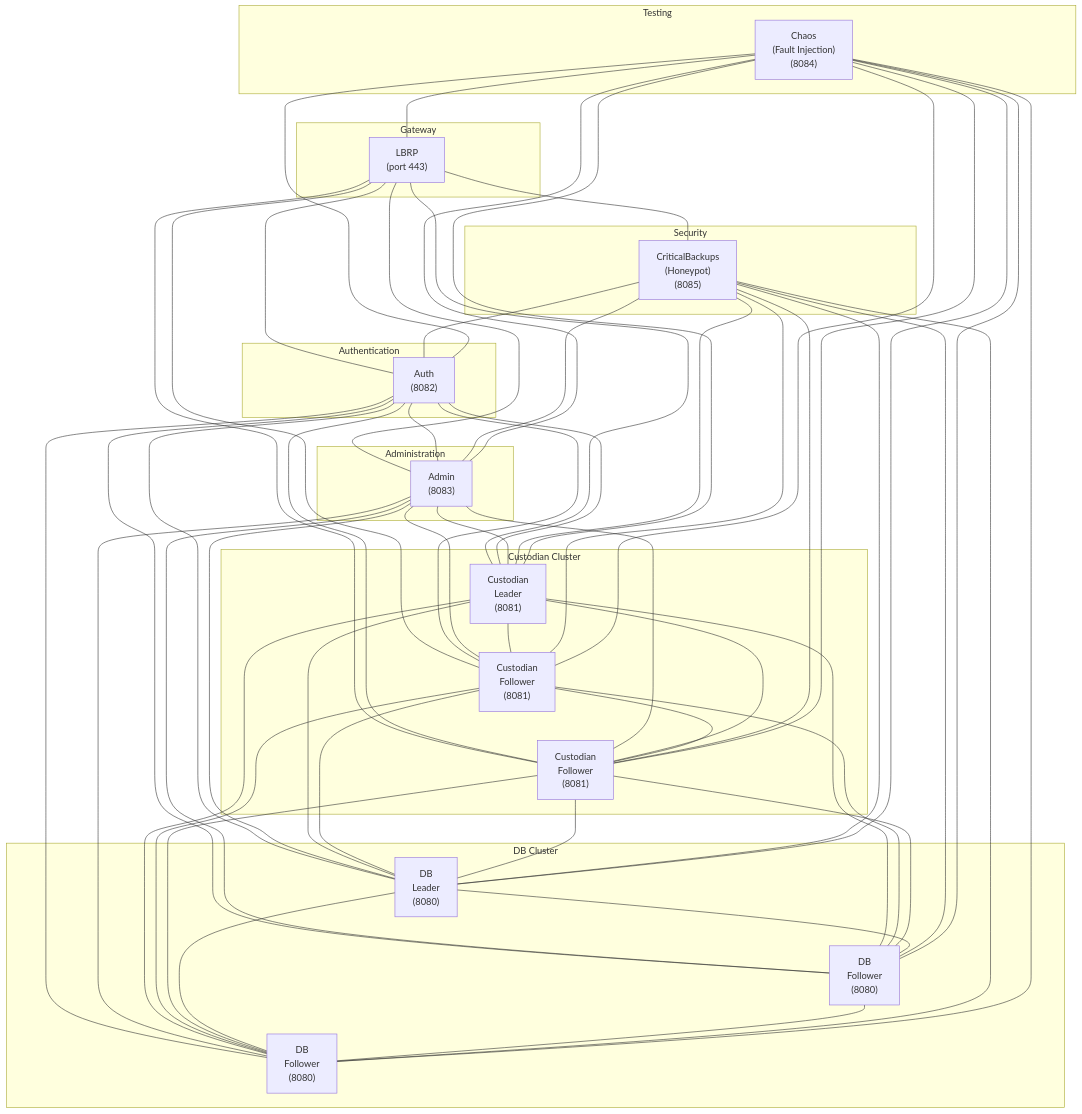
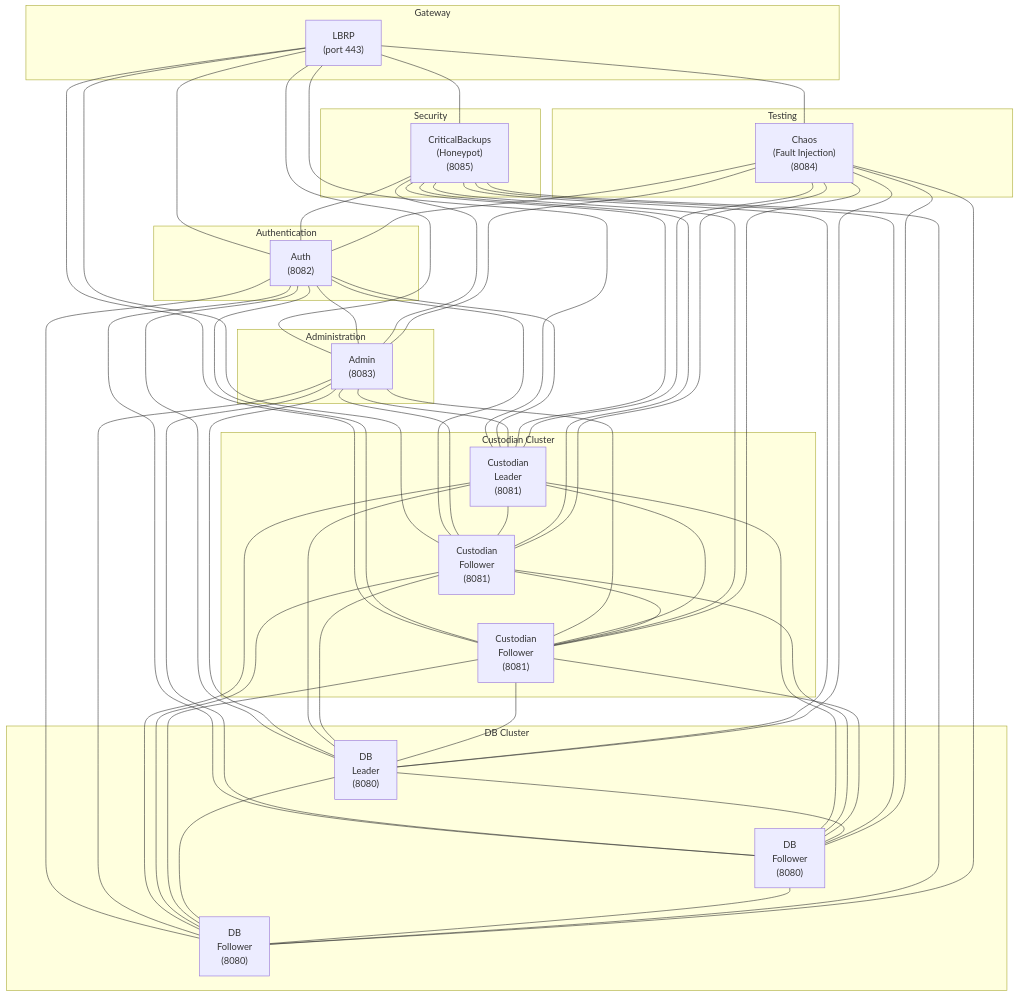
The diagram in ARCHITECTURE.md (JonathanMcCormickJr/ngi), drawn with Mermaid before and after one commit.

Commit message:
Updating organization for topology

````diff
--- a/ARCHITECTURE.md
+++ b/ARCHITECTURE.md
@@ -776,6 +776,7 @@
 
   LBRP --- Auth
   LBRP --- Admin
+  LBRP --- Chaos
   LBRP --- CustLeader
   LBRP --- CustFollower1
   LBRP --- CustFollower2
@@ -833,6 +834,5 @@
   Chaos --- DBFollower2
   Chaos --- Auth
   Chaos --- Admin
-  Chaos --- LBRP
   
 ```
````
